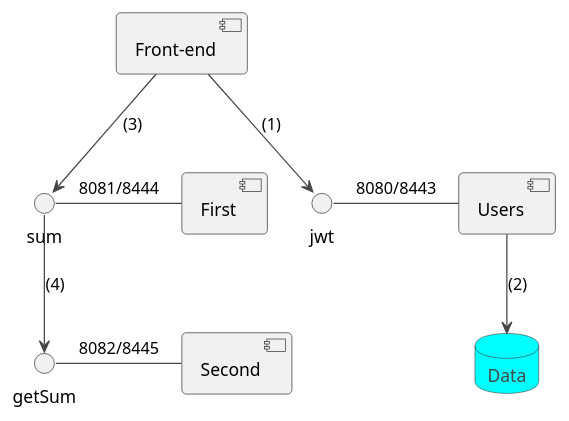
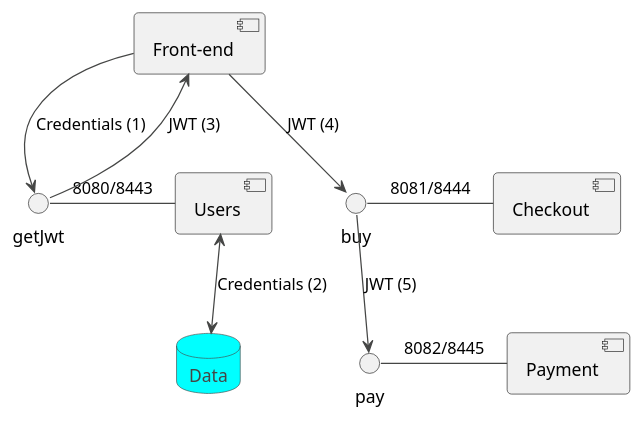
Before and after one commit to rodrigoprestesmachado/pw2: the diagram in docs/topicos/jwt/jwt.puml, drawn with PlantUML. The commit also changed 1 other file, not shown here.

```diff
--- a/docs/topicos/jwt/jwt.puml
+++ b/docs/topicos/jwt/jwt.puml
@@ -1,18 +1,19 @@
 @startuml
 
 !theme vibrant
 
 database Data {
 }
 
 [Front-end]
-sum - [First] : 8081/8444
-getSum - [Second] : 8082/8445
-jwt - [Users] : 8080/8443
+buy - [Checkout] : 8081/8444
+pay - [Payment] : 8082/8445
+getJwt - [Users] : 8080/8443
 
-[Front-end] --> jwt : (1)
-Users --> Data : (2)
-[Front-end] --> sum : (3)
-sum --> getSum : (4)
+[Front-end] --> getJwt : Credentials (1)
+Users <--> Data :  Credentials (2)
+getJwt --> [Front-end] : JWT (3)
+[Front-end] --> buy :  JWT (4)
+buy --> pay :  JWT (5)
 
 @enduml
```
